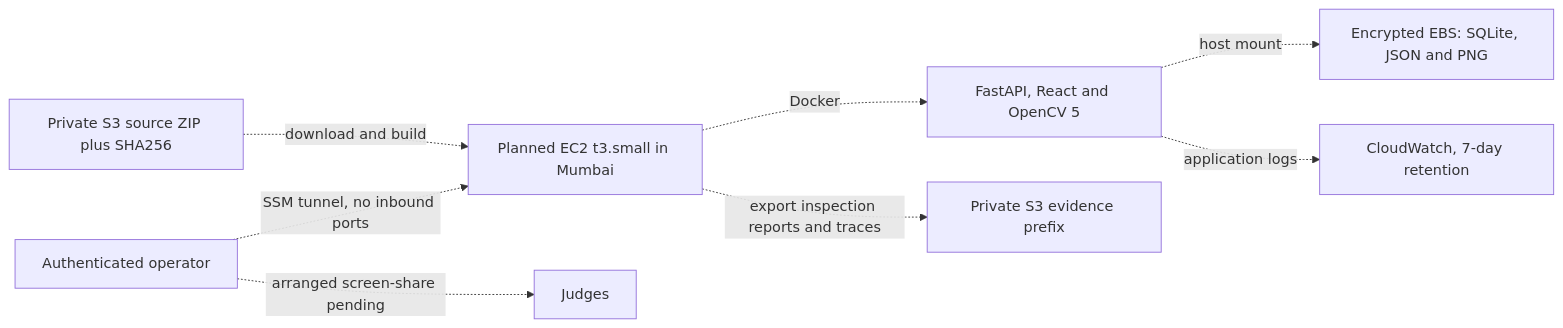
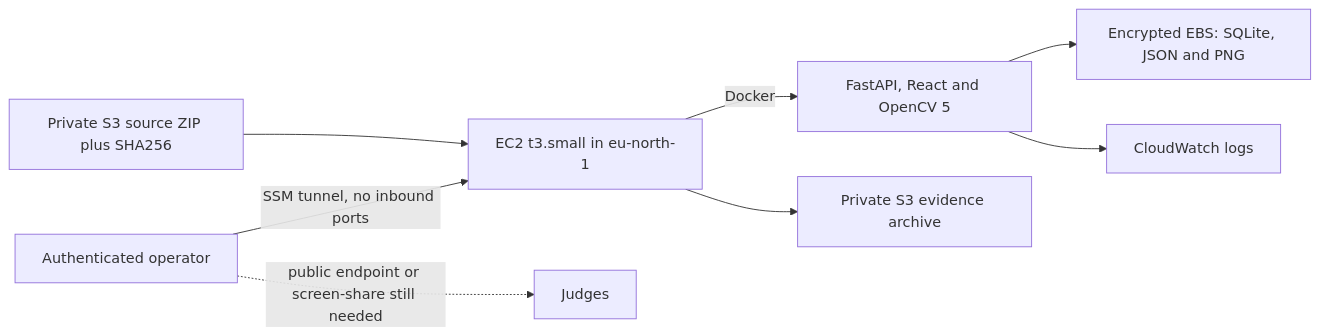
One commit to sgoel2be24-cyber/circuitsleuth changed the second of 2 diagrams in docs/TECHNICAL_REPORT.md. Above: the diagram before and after it, drawn with Mermaid. The commit also changed other lines of this file and 269 other files, not shown here.

````diff
--- a/docs/TECHNICAL_REPORT.md
+++ b/docs/TECHNICAL_REPORT.md
@@ -58,10 +58,10 @@
 ```mermaid
 flowchart LR
-    Source[Private S3 source ZIP plus SHA256] -. download and build .-> Host[Planned EC2 t3.small in Mumbai]
-    Operator[Authenticated operator] -. SSM tunnel, no inbound ports .-> Host
-    Host -. Docker .-> Runtime[FastAPI, React and OpenCV 5]
-    Runtime -. host mount .-> EBS[Encrypted EBS: SQLite, JSON and PNG]
-    Runtime -. application logs .-> CW[CloudWatch, 7-day retention]
-    Host -. export inspection reports and traces .-> Proof[Private S3 evidence prefix]
-    Operator -. arranged screen-share pending .-> Judges[Judges]
+    Source[Private S3 source ZIP plus SHA256] --> Host[EC2 t3.small in eu-north-1]
+    Operator[Authenticated operator] -->|SSM tunnel, no inbound ports| Host
+    Host -->|Docker| Runtime[FastAPI, React and OpenCV 5]
+    Runtime --> EBS[Encrypted EBS: SQLite, JSON and PNG]
+    Runtime --> CW[CloudWatch logs]
+    Host --> Proof[Private S3 evidence archive]
+    Operator -. public endpoint or screen-share still needed .-> Judges[Judges]
 ```
````
